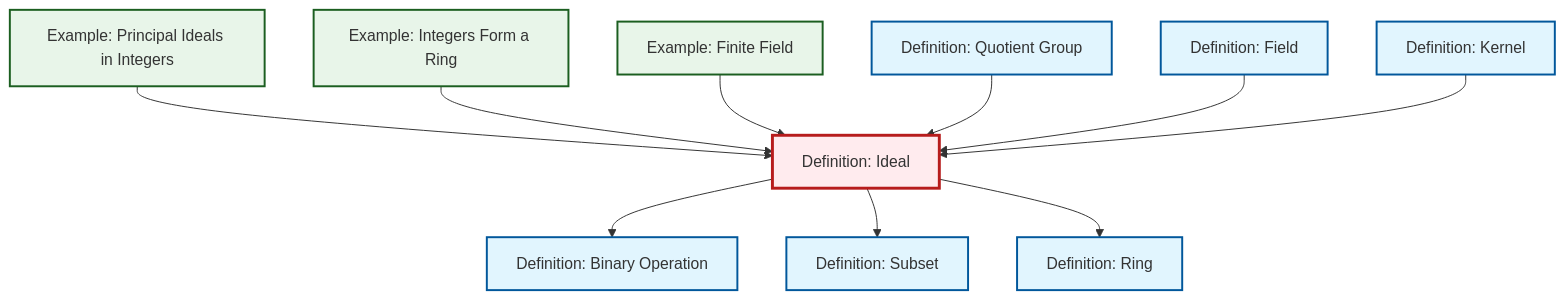
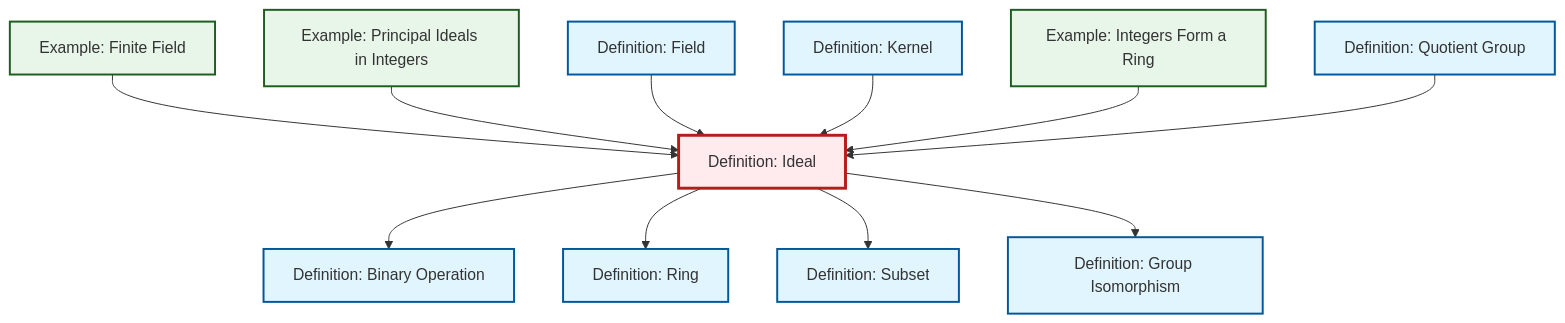
One commit to RK0429/ModernMath changed the diagram in content/en/algebra/def-ideal.qmd. Above: the diagram before and after it, drawn with Mermaid. The commit also changed other lines of this file and 581 other files, not shown here.

````diff
--- a/content/en/algebra/def-ideal.qmd
+++ b/content/en/algebra/def-ideal.qmd
@@ -79,38 +80,41 @@
 ```{mermaid}
 %%| fig-cap: "Local dependency graph"
 graph TD
     classDef definition fill:#e1f5fe,stroke:#01579b,stroke-width:2px
     classDef theorem fill:#f3e5f5,stroke:#4a148c,stroke-width:2px
     classDef axiom fill:#fff3e0,stroke:#e65100,stroke-width:2px
     classDef example fill:#e8f5e9,stroke:#1b5e20,stroke-width:2px
     classDef current fill:#ffebee,stroke:#b71c1c,stroke-width:3px
-    def-ring["Definition: Ring"]:::definition
-    ex-principal-ideal["Example: Principal Ideals in Integers"]:::example
-    def-field["Definition: Field"]:::definition
-    def-quotient-group["Definition: Quotient Group"]:::definition
-    ex-finite-field["Example: Finite Field"]:::example
-    def-kernel["Definition: Kernel"]:::definition
-    def-ideal["Definition: Ideal"]:::definition
-    ex-integers-ring["Example: Integers Form a Ring"]:::example
     def-binary-operation["Definition: Binary Operation"]:::definition
     def-subset["Definition: Subset"]:::definition
+    def-ring["Definition: Ring"]:::definition
+    ex-finite-field["Example: Finite Field"]:::example
+    def-quotient-group["Definition: Quotient Group"]:::definition
+    def-ideal["Definition: Ideal"]:::definition
+    def-isomorphism["Definition: Group Isomorphism"]:::definition
+    def-kernel["Definition: Kernel"]:::definition
+    ex-principal-ideal["Example: Principal Ideals in Integers"]:::example
+    ex-integers-ring["Example: Integers Form a Ring"]:::example
+    def-field["Definition: Field"]:::definition
+    ex-finite-field --> def-ideal
+    def-ideal --> def-binary-operation
     ex-principal-ideal --> def-ideal
+    def-field --> def-ideal
+    def-ideal --> def-ring
+    def-kernel --> def-ideal
     ex-integers-ring --> def-ideal
-    ex-finite-field --> def-ideal
     def-quotient-group --> def-ideal
-    def-field --> def-ideal
-    def-ideal --> def-binary-operation
-    def-kernel --> def-ideal
     def-ideal --> def-subset
-    def-ideal --> def-ring
+    def-ideal --> def-isomorphism
     class def-ideal current
-    click def-ring "def-ring.html" "Go to Ring definition"
-    click ex-principal-ideal "ex-principal-ideal.html" "Go to Principal Ideals in Integers example"
-    click def-field "def-field.html" "Go to Field definition"
-    click def-quotient-group "def-quotient-group.html" "Go to Quotient Group definition"
-    click ex-finite-field "ex-finite-field.html" "Go to Finite Field example"
-    click def-kernel "def-kernel.html" "Go to Kernel definition"
-    click ex-integers-ring "ex-integers-ring.html" "Go to Integers Form a Ring example"
     click def-binary-operation "def-binary-operation.html" "Go to Binary Operation definition"
     click def-subset "def-subset.html" "Go to Subset definition"
+    click def-ring "def-ring.html" "Go to Ring definition"
+    click ex-finite-field "ex-finite-field.html" "Go to Finite Field example"
+    click def-quotient-group "def-quotient-group.html" "Go to Quotient Group definition"
+    click def-isomorphism "def-isomorphism.html" "Go to Group Isomorphism definition"
+    click def-kernel "def-kernel.html" "Go to Kernel definition"
+    click ex-principal-ideal "ex-principal-ideal.html" "Go to Principal Ideals in Integers example"
+    click ex-integers-ring "ex-integers-ring.html" "Go to Integers Form a Ring example"
+    click def-field "def-field.html" "Go to Field definition"
 ```
````
